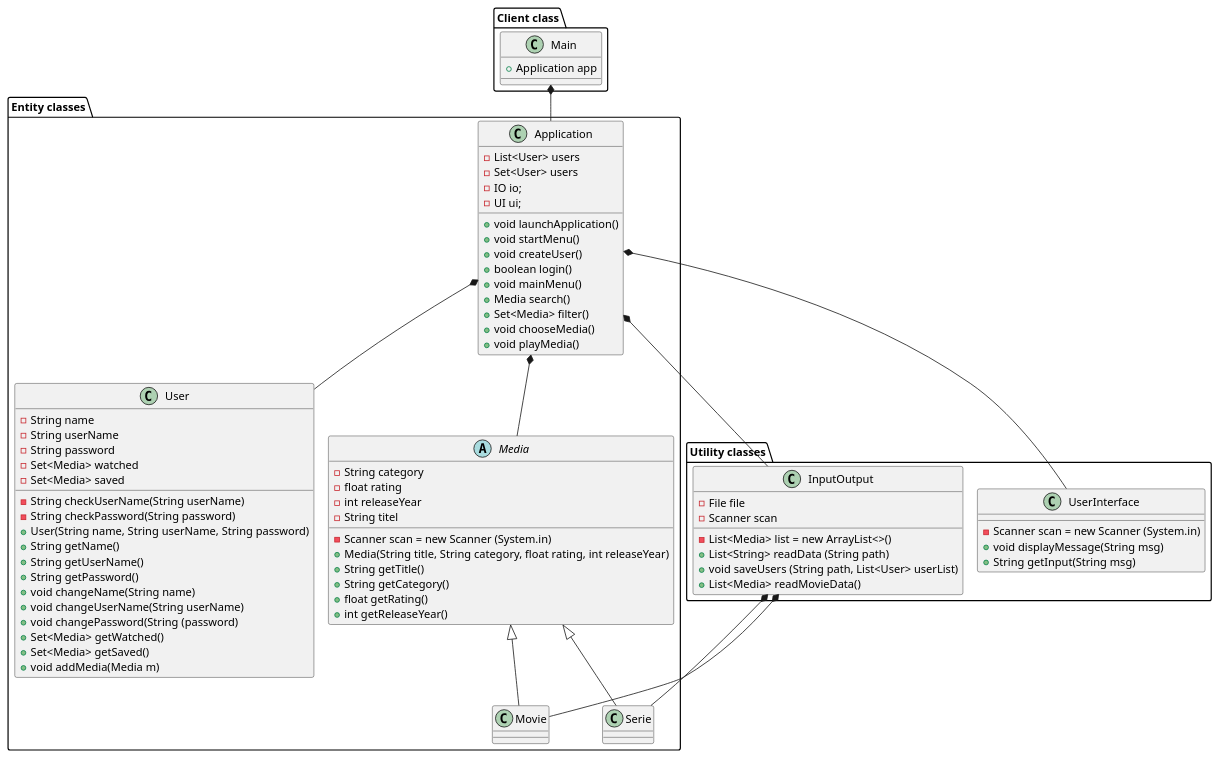
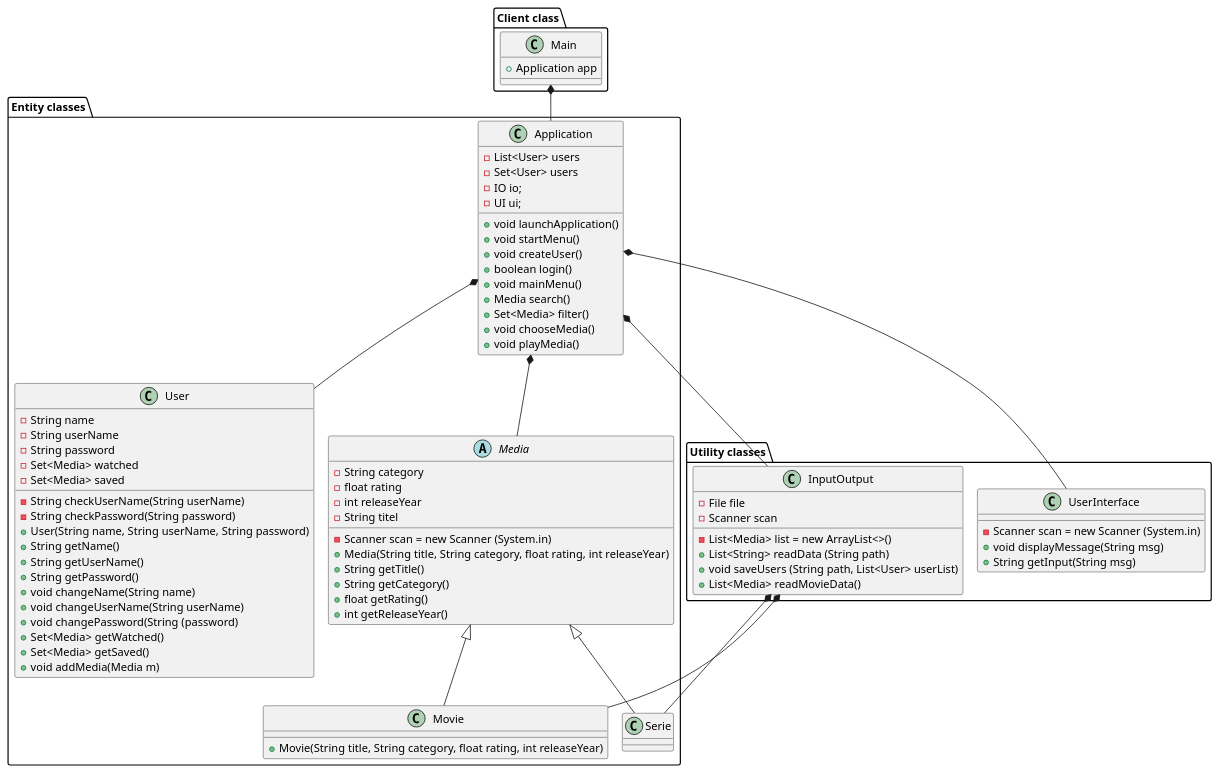
One commit to badranyoussef/SP3 changed the diagram in src/Documents/classDiagram.puml. Above: the diagram before and after it, drawn with PlantUML. The commit also changed 4 other files, not shown here.

Commit message:
minor update classdiagram (movie)

```diff
--- a/src/Documents/classDiagram.puml
+++ b/src/Documents/classDiagram.puml
@@ -1,94 +1,96 @@
 @startuml
 'https://plantuml.com/class-diagram
 !pragma layout smetana
 
 'Client Package
 package "Client class"{
 class Main
 }
 
 'Utility Package
 package "Utility classes"{
 class UserInterface
 class InputOutput
 }
 
 'Entity Package
 package "Entity classes"{
 class Movie
 class Serie
 class Application
 class User
 abstract Media
 }
 
 'Label on Relations !MANGLER
 Application *-- UserInterface
 Application *-- InputOutput
 Application *-- User
 Application *-- Media
 Media <|-- Serie
 Media <|-- Movie
 InputOutput *-- Movie
 InputOutput *-- Serie
 Main *-- Application
 
 'Class Methods & Attributes
 Main : + Application app
 
 Application : - List<User> users
 Application : - Set<User> users
 Application : - IO io;
 Application : - UI ui;
 Application : + void launchApplication()
 Application : + void startMenu()
 Application : + void createUser()
 Application : + boolean login()
 Application : + void mainMenu()
 Application : + Media search()
 Application : + Set<Media> filter()
 Application : + void chooseMedia()
 Application : + void playMedia()
 
 User : - String name
 User : - String userName
 User : - String password
 User : - Set<Media> watched
 User : - Set<Media> saved
 User : - String checkUserName(String userName)
 User : - String checkPassword(String password)
 User : + User(String name, String userName, String password)
 User : + String getName()
 User : + String getUserName()
 User : + String getPassword()
 User : + void changeName(String name)
 User : + void changeUserName(String userName)
 User : + void changePassword(String (password)
 User : + Set<Media> getWatched()
 User : + Set<Media> getSaved()
 User : + void addMedia(Media m)
 
 
 InputOutput : - File file
 InputOutput : - Scanner scan
 InputOutput : - List<Media> list = new ArrayList<>()
 InputOutput : + List<String> readData (String path)
 InputOutput : + void saveUsers (String path, List<User> userList)
 InputOutput : + List<Media> readMovieData()
 
 UserInterface : - Scanner scan = new Scanner (System.in)
 UserInterface : + void displayMessage(String msg)
 UserInterface : + String getInput(String msg)
 
 Media : - Scanner scan = new Scanner (System.in)
 Media : - String category
 Media : - float rating
 Media : - int releaseYear
 Media : - String titel
 Media : + Media(String title, String category, float rating, int releaseYear)
 Media : + String getTitle()
 Media : + String getCategory()
 Media : + float getRating()
 Media : + int getReleaseYear()
 
+Movie : + Movie(String title, String category, float rating, int releaseYear)
+
 @enduml
```
